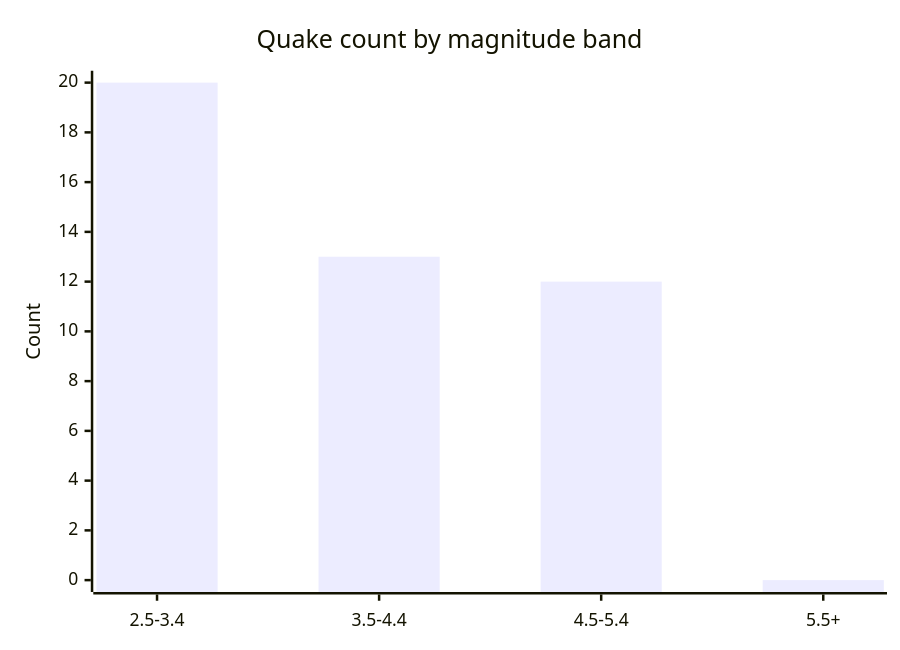
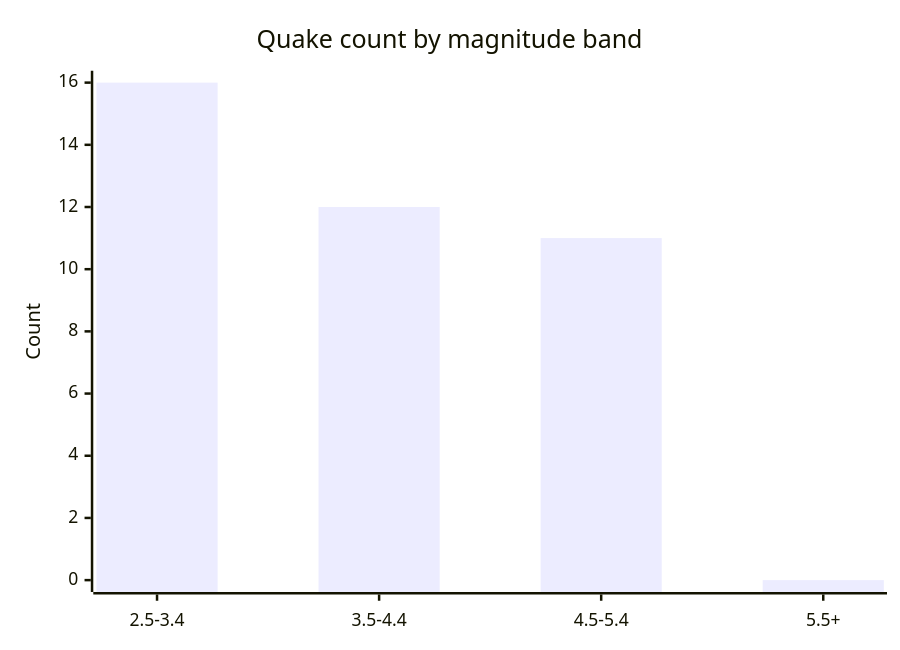
The fifth of 6 diagrams in docs/GRAPHS.md (Midwest-Stratospheric/aerostratospheric-defense-gir), drawn with Mermaid before and after one commit. The commit also changed other lines of this file and 25 other files, not shown here.

````diff
--- a/docs/GRAPHS.md
+++ b/docs/GRAPHS.md
@@ -82,7 +82,7 @@
 ```mermaid
 xychart-beta
   title "Quake count by magnitude band"
   x-axis ["2.5-3.4", "3.5-4.4", "4.5-5.4", "5.5+"]
-  y-axis "Count" 0 --> 20
-  bar [20, 13, 12, 0]
+  y-axis "Count" 0 --> 16
+  bar [16, 12, 11, 0]
 ```
````
